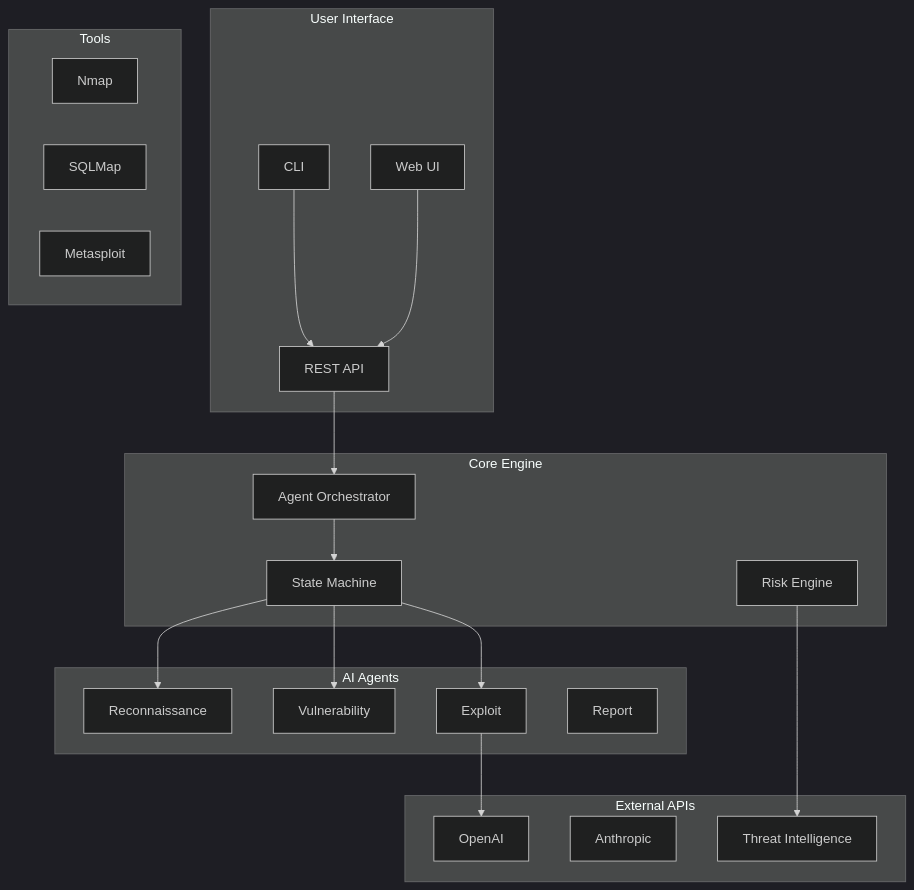
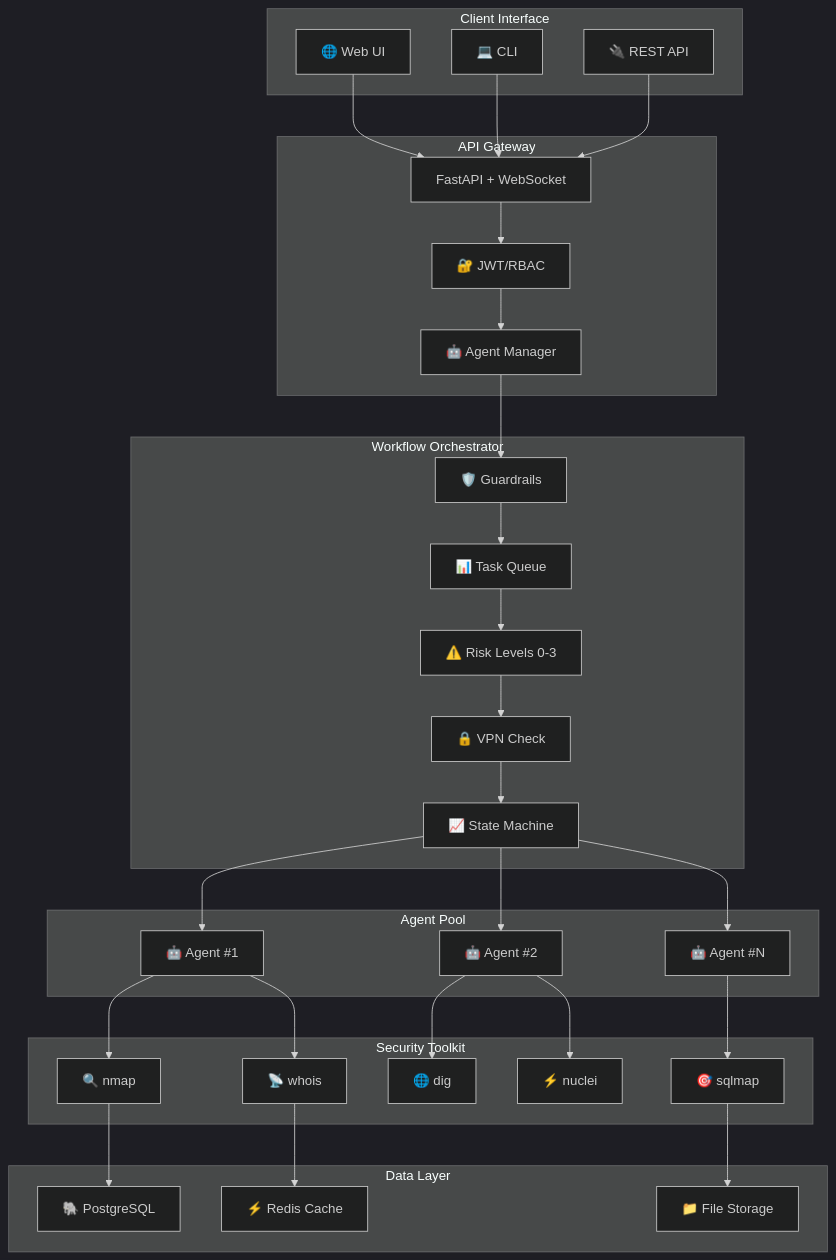
Before and after one commit to trekkermoja1/Zen-test: the diagram in README.md, drawn with Mermaid (dark theme). The commit also changed other lines of this file, not shown here.

Commit message:
docs(readme): update Overview mermaid diagram to match current architecture

````diff
--- a/README.md
+++ b/README.md
@@ -117,43 +117,64 @@
 ```mermaid
   graph TB
-      subgraph "User Interface"
-          CLI[CLI]
-          API[REST API]
-          WebUI[Web UI]
+      subgraph "Client Interface"
+          WebUI[🌐 Web UI]
+          CLI[💻 CLI]
+          API_Client[🔌 REST API]
       end
 
-      subgraph "Core Engine"
-          Orchestrator[Agent Orchestrator]
-          StateMachine[State Machine]
-          RiskEngine[Risk Engine]
+      subgraph "API Gateway"
+          FastAPI[FastAPI + WebSocket]
+          Auth[🔐 JWT/RBAC]
+          AgentMgr[🤖 Agent Manager]
       end
 
-      subgraph "AI Agents"
-          Recon[Reconnaissance]
-          Vuln[Vulnerability]
-          Exploit[Exploit]
-          Report[Report]
+      subgraph "Workflow Orchestrator"
+          Guardrails[🛡️ Guardrails]
+          TaskQueue[📊 Task Queue]
+          RiskLevels[⚠️ Risk Levels 0-3]
+          VPN[🔒 VPN Check]
+          State[📈 State Machine]
       end
 
-      subgraph "Tools"
-          Nmap[Nmap]
-          SQLMap[SQLMap]
-          Metasploit[Metasploit]
+      subgraph "Agent Pool"
+          Agent1[🤖 Agent #1]
+          Agent2[🤖 Agent #2]
+          AgentN[🤖 Agent #N]
       end
 
-      subgraph "External APIs"
-          OpenAI[OpenAI]
-          Anthropic[Anthropic]
-          ThreatIntel[Threat Intelligence]
+      subgraph "Security Toolkit"
+          Nmap[🔍 nmap]
+          Whois[📡 whois]
+          Dig[🌐 dig]
+          Nuclei[⚡ nuclei]
+          SQLMap[🎯 sqlmap]
       end
 
-      CLI --> API
-      WebUI --> API
-      API --> Orchestrator
-      Orchestrator --> StateMachine
-      StateMachine --> Recon
-      StateMachine --> Vuln
-      StateMachine --> Exploit
-      Exploit --> OpenAI
-      RiskEngine --> ThreatIntel
+      subgraph "Data Layer"
+          Postgres[🐘 PostgreSQL]
+          Redis[⚡ Redis Cache]
+          Storage[📁 File Storage]
+      end
+
+      WebUI --> FastAPI
+      CLI --> FastAPI
+      API_Client --> FastAPI
+      FastAPI --> Auth
+      Auth --> AgentMgr
+      AgentMgr --> Guardrails
+      Guardrails --> TaskQueue
+      TaskQueue --> RiskLevels
+      RiskLevels --> VPN
+      VPN --> State
+      State --> Agent1
+      State --> Agent2
+      State --> AgentN
+      Agent1 --> Nmap
+      Agent1 --> Whois
+      Agent2 --> Dig
+      Agent2 --> Nuclei
+      AgentN --> SQLMap
+      Nmap --> Postgres
+      Whois --> Redis
+      SQLMap --> Storage
 ```
````
